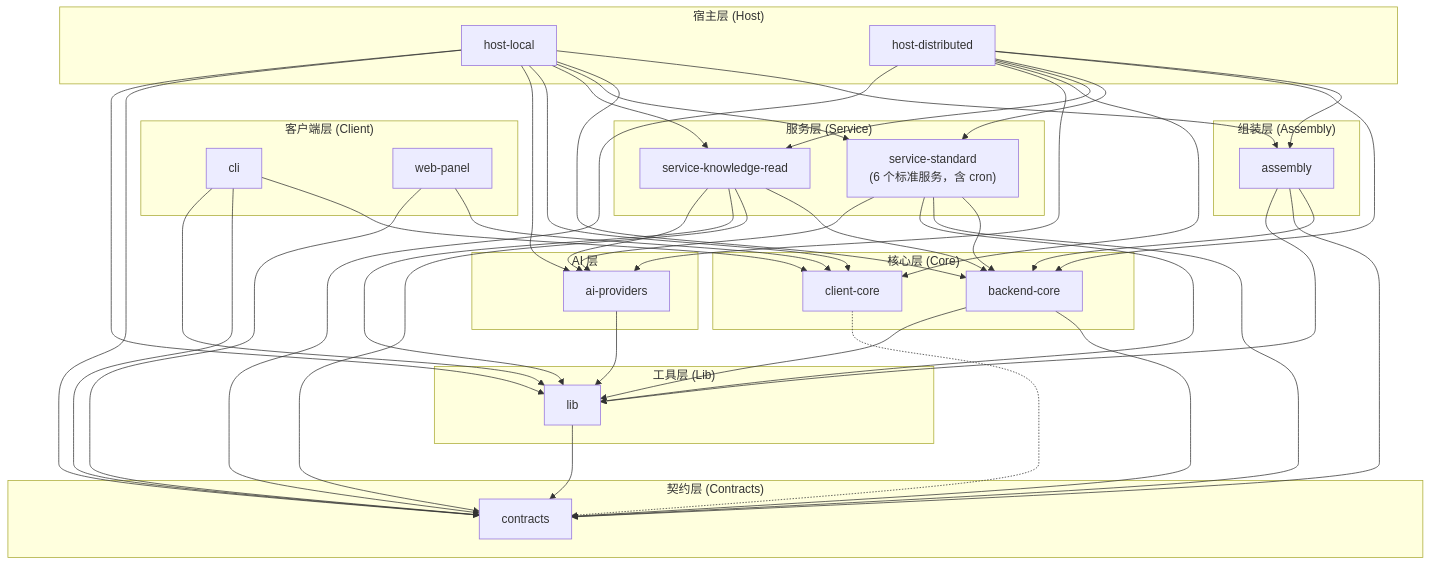
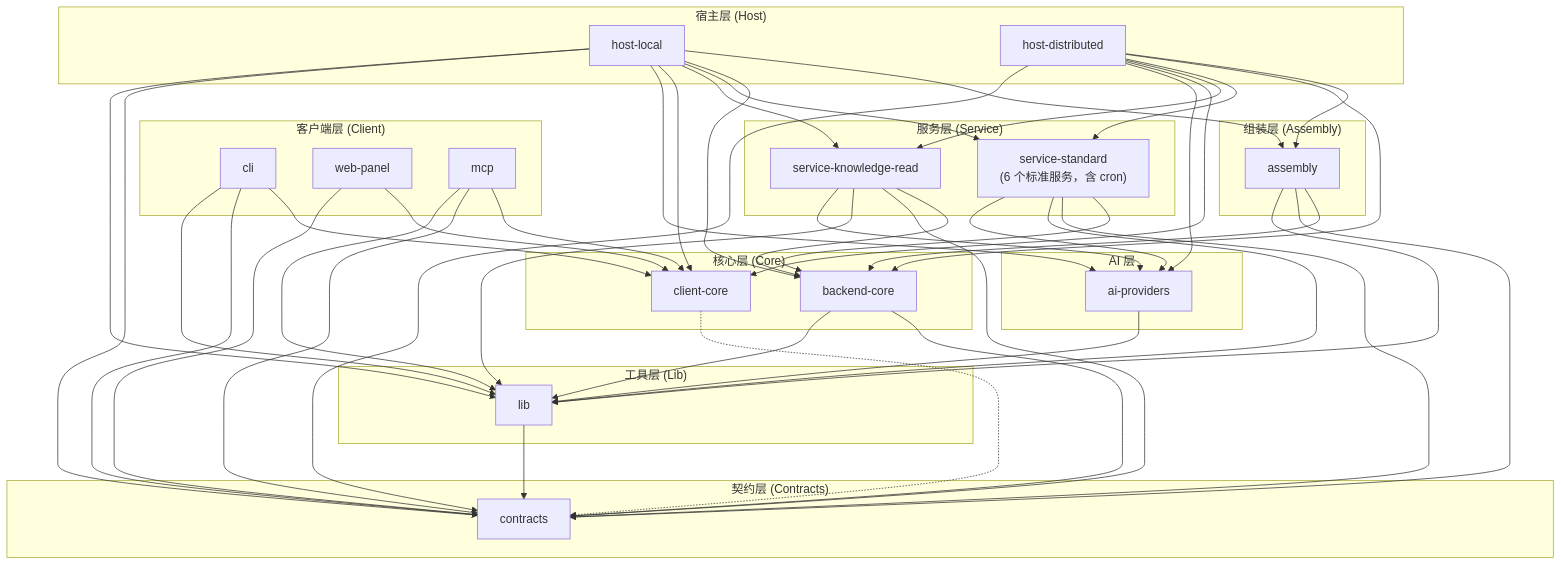
Before and after one commit to pofossette/TrapMap-for-vibing: the diagram in docs/architecture/BOUNDARIES.md, drawn with Mermaid. The commit also changed other lines of this file and 10 other files, not shown here.

````diff
--- a/docs/architecture/BOUNDARIES.md
+++ b/docs/architecture/BOUNDARIES.md
@@ -61,6 +62,7 @@
     subgraph 客户端层["客户端层 (Client)"]
         cli["cli"]
         web-panel["web-panel"]
+        mcp["mcp"]
     end
 
     subgraph 组装层["组装层 (Assembly)"]
@@ -132,6 +134,10 @@
     web-panel --> client-core
     web-panel --> contracts
 
+    mcp --> client-core
+    mcp --> contracts
+    mcp --> lib
+
     client-core -.-> contracts
     lib --> contracts
 ```
````
